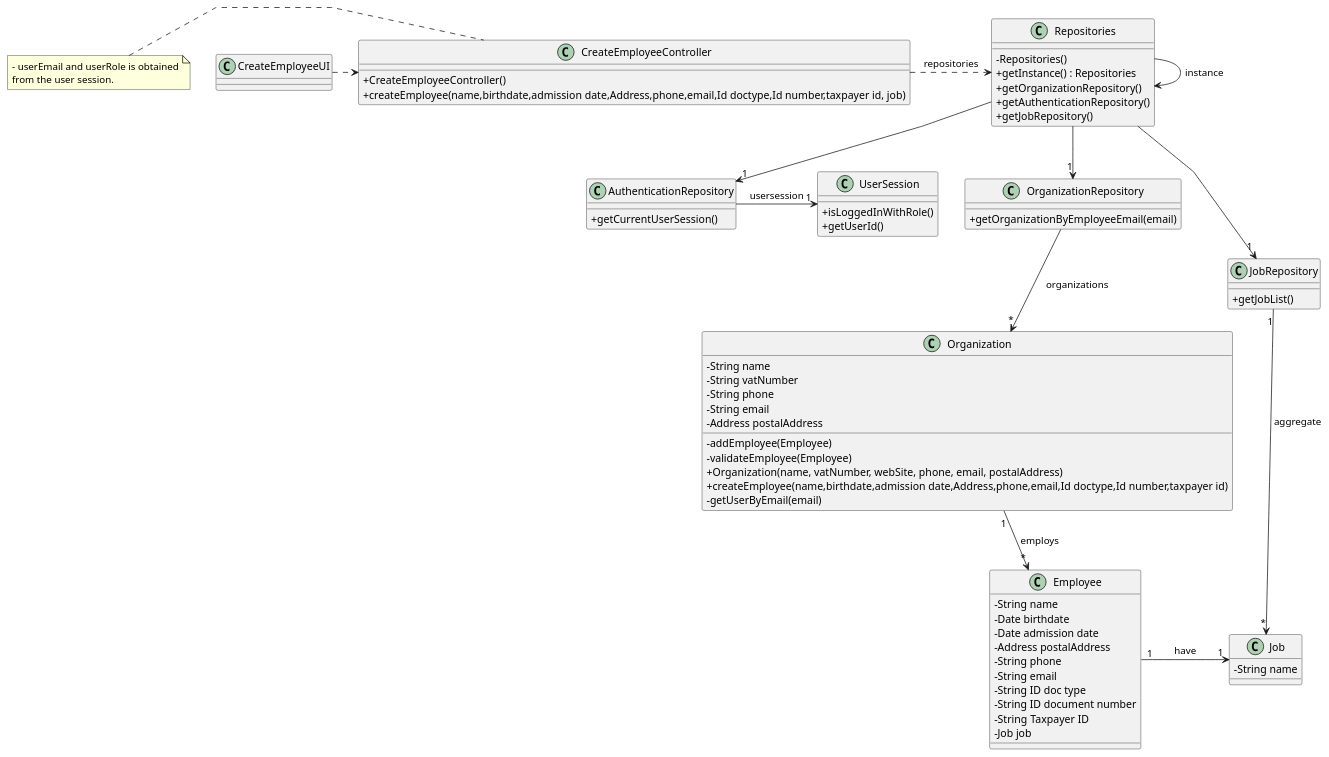
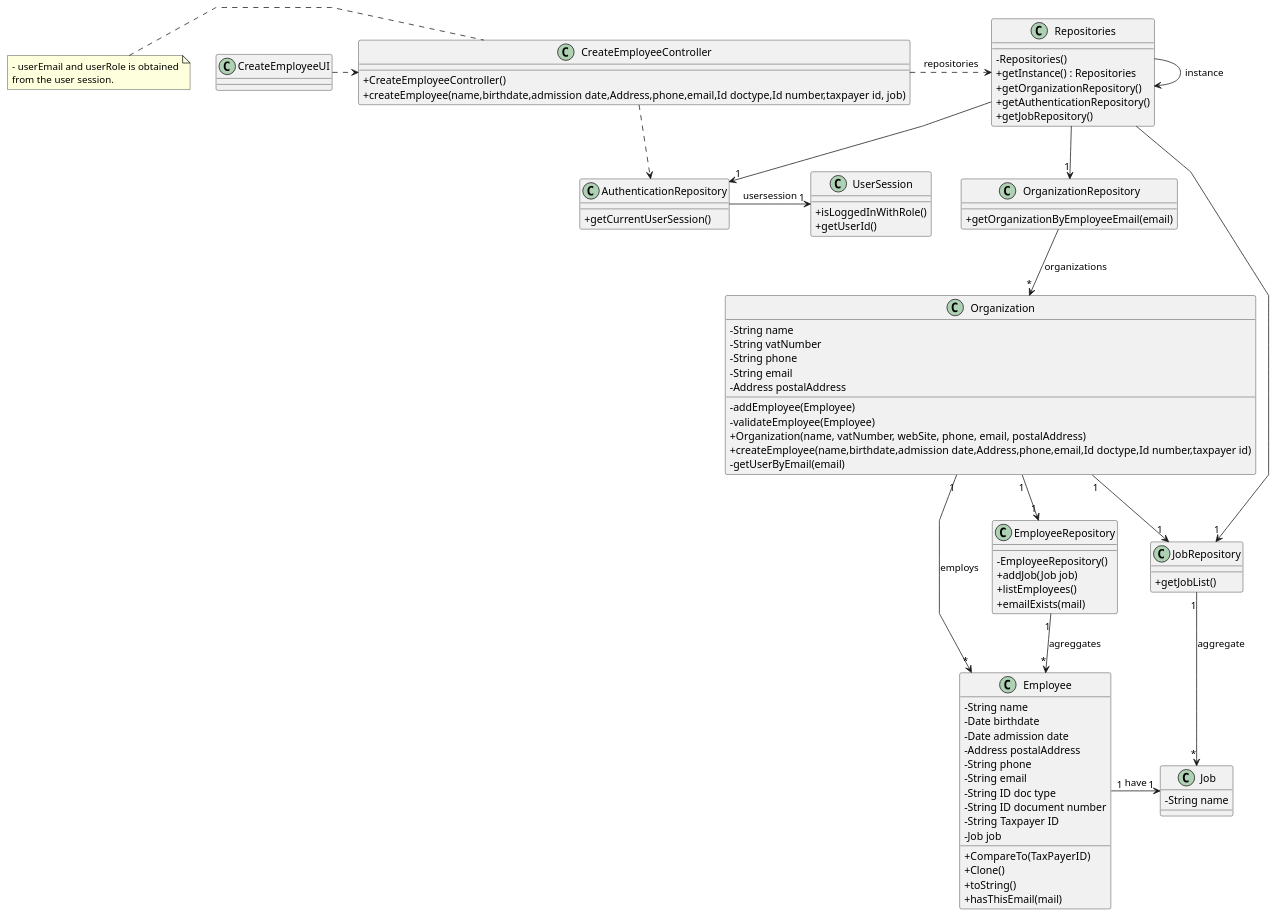
One commit to Mendoncaa/LAPR2 changed the diagram in docs/sprintC/us003/03.design/puml/us003-class-diagram.puml. Above: the diagram before and after it, drawn with PlantUML. The commit also changed 33 other files, not shown here.

```diff
--- a/docs/sprintC/us003/03.design/puml/us003-class-diagram.puml
+++ b/docs/sprintC/us003/03.design/puml/us003-class-diagram.puml
@@ -1,105 +1,120 @@
 @startuml
 'skinparam monochrome true
 skinparam packageStyle rectangle
 skinparam shadowing false
 skinparam linetype polyline
 'skinparam linetype orto
 
 skinparam classAttributeIconSize 0
 
 'left to right direction
 
 class AuthenticationRepository
 {
     + getCurrentUserSession()
 }
 
 class UserSession
 {
     + isLoggedInWithRole()
     + getUserId()
 }
 
 
 
 class Job {
     - String name
 }
 
 class Employee {
     - String name
     - Date birthdate
     - Date admission date
     - Address postalAddress
     - String phone
     - String email
     - String ID doc type
     - String ID document number
     - String Taxpayer ID
     - Job job
+    + CompareTo(TaxPayerID)
+    + Clone()
+    + toString()
+    + hasThisEmail(mail)
+}
+
+class EmployeeRepository{
+    -EmployeeRepository()
+    +addJob(Job job)
+    +listEmployees()
+    +emailExists(mail)
 }
 
 
 
 class Organization {
     - String name
     - String vatNumber
     - String phone
     - String email
     - Address postalAddress
     - addEmployee(Employee)
     - validateEmployee(Employee)
     + Organization(name, vatNumber, webSite, phone, email, postalAddress)
     + createEmployee(name,birthdate,admission date,Address,phone,email,Id doctype,Id number,taxpayer id)
     - getUserByEmail(email)
 
 }
 
 
 class OrganizationRepository {
     + getOrganizationByEmployeeEmail(email)
 }
 
 class Repositories {
     - Repositories()
     + getInstance() : Repositories
     + getOrganizationRepository()
     + getAuthenticationRepository()
     + getJobRepository()
 }
 class JobRepository{
 
     + getJobList()
 
 }
 
 class CreateEmployeeController {
     + CreateEmployeeController()
     + createEmployee(name,birthdate,admission date,Address,phone,email,Id doctype,Id number,taxpayer id, job)
 
 }
 
 note left of CreateEmployeeController
     - userEmail and userRole is obtained
     from the user session.
 end note
 
 
 class CreateEmployeeUI {
 }
 
 Repositories -> Repositories : instance
 CreateEmployeeUI .> CreateEmployeeController
 CreateEmployeeController .> Repositories : repositories
 Repositories --> "1" OrganizationRepository
 OrganizationRepository --> "*" Organization : organizations
 AuthenticationRepository -> "1" UserSession : usersession
 Repositories --> "1" AuthenticationRepository
 Repositories --> "1" JobRepository
 JobRepository "1" --> "*" Job : aggregate
+Employee "1" -> "1" Job : have
 Organization "1" --> "*" Employee : employs
-Employee "1" -> "1" Job : have
+EmployeeRepository "1" --> "*" Employee : agreggates
+CreateEmployeeController .> AuthenticationRepository
+Organization "1" --> "1" EmployeeRepository
+Organization "1" --> "1" JobRepository
 
 
 
 @enduml
```
